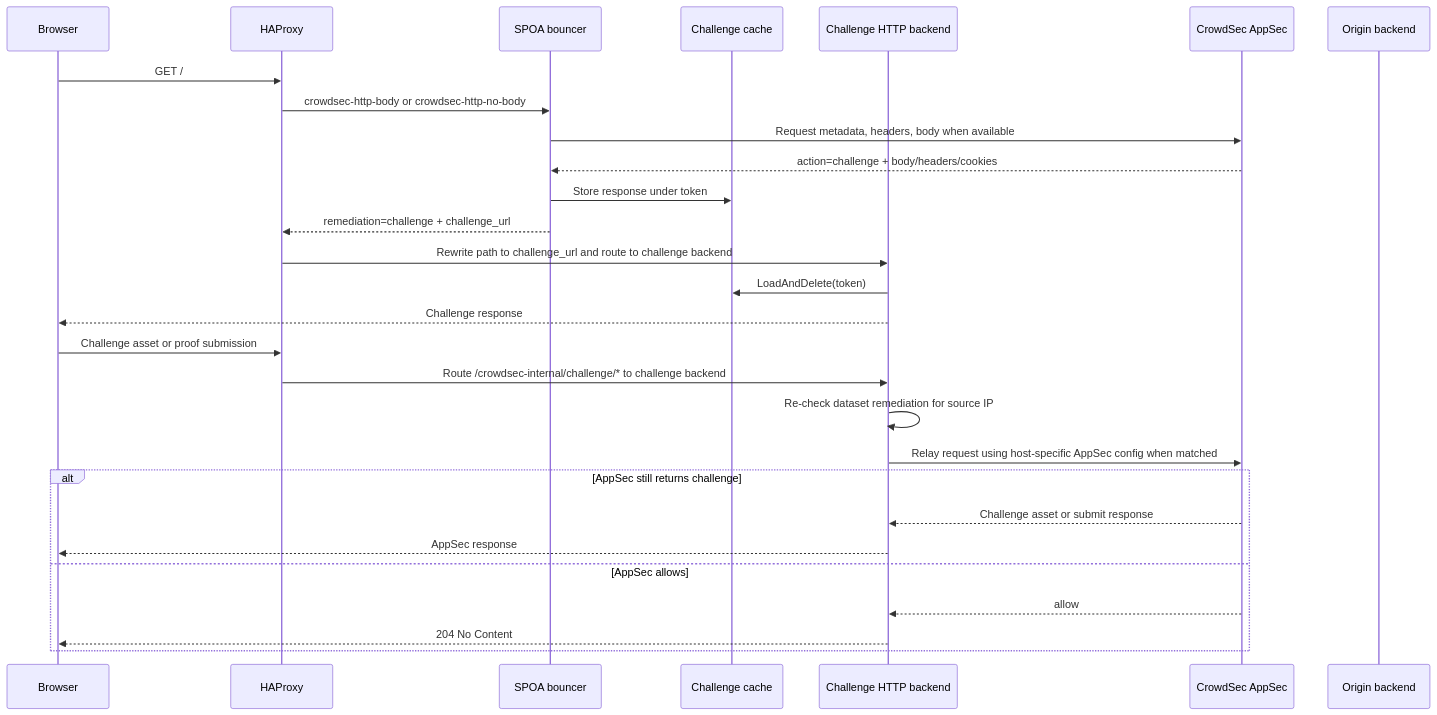
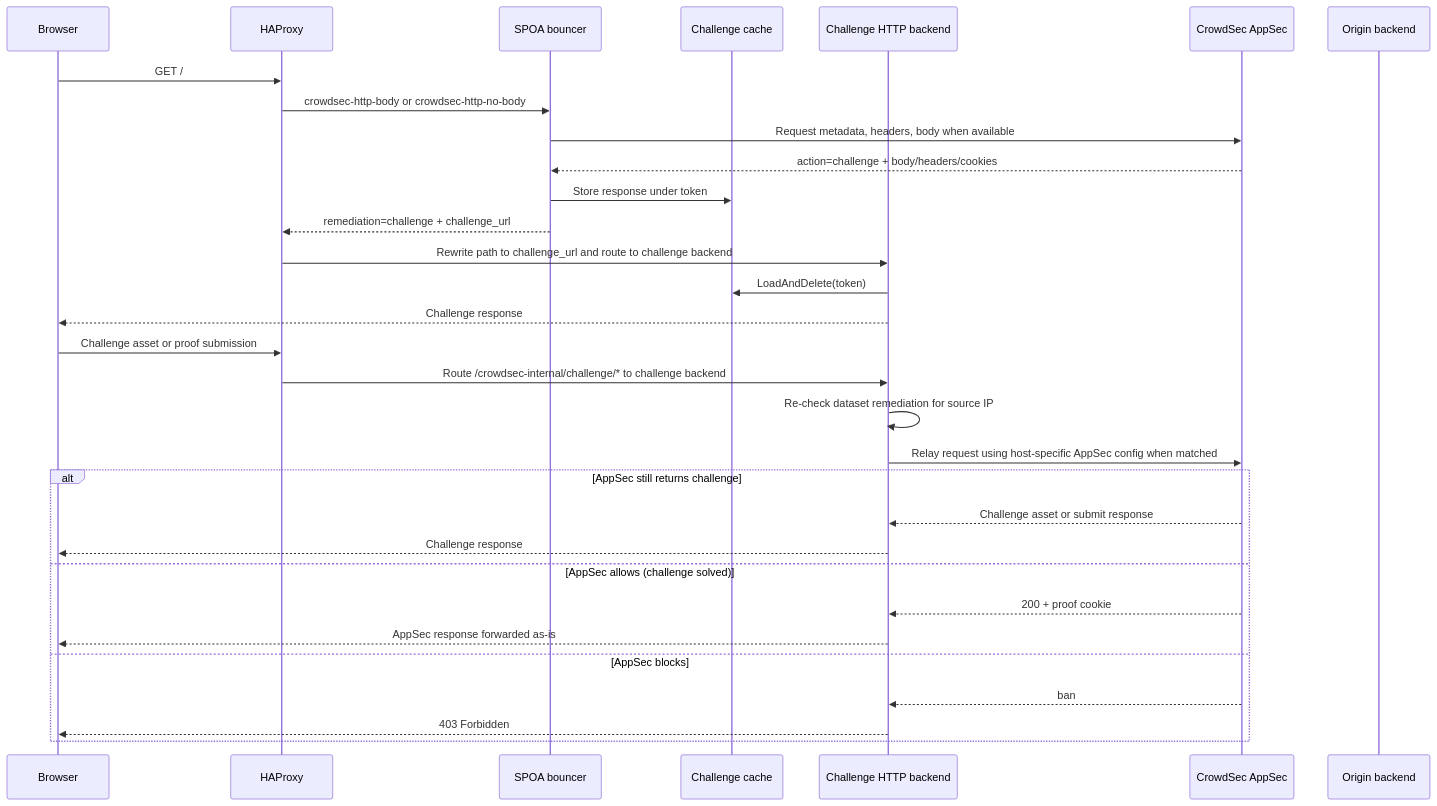
The diagram in CHALLENGE.md (crowdsecurity/cs-haproxy-spoa-bouncer), drawn with Mermaid before and after one commit. The commit also changed other lines of this file and 3 other files, not shown here.

Commit message:
fix the challenge response

````diff
--- a/CHALLENGE.md
+++ b/CHALLENGE.md
@@ -34,33 +34,36 @@
 ```mermaid
 sequenceDiagram
     participant Browser
     participant HAProxy
     participant SPOA as SPOA bouncer
     participant Cache as Challenge cache
     participant HTTP as Challenge HTTP backend
     participant AppSec as CrowdSec AppSec
     participant Backend as Origin backend
 
     Browser->>HAProxy: GET /
     HAProxy->>SPOA: crowdsec-http-body or crowdsec-http-no-body
     SPOA->>AppSec: Request metadata, headers, body when available
     AppSec-->>SPOA: action=challenge + body/headers/cookies
     SPOA->>Cache: Store response under token
     SPOA-->>HAProxy: remediation=challenge + challenge_url
     HAProxy->>HTTP: Rewrite path to challenge_url and route to challenge backend
     HTTP->>Cache: LoadAndDelete(token)
     HTTP-->>Browser: Challenge response
 
     Browser->>HAProxy: Challenge asset or proof submission
     HAProxy->>HTTP: Route /crowdsec-internal/challenge/* to challenge backend
     HTTP->>HTTP: Re-check dataset remediation for source IP
     HTTP->>AppSec: Relay request using host-specific AppSec config when matched
 
     alt AppSec still returns challenge
         AppSec-->>HTTP: Challenge asset or submit response
-        HTTP-->>Browser: AppSec response
-    else AppSec allows
-        AppSec-->>HTTP: allow
-        HTTP-->>Browser: 204 No Content
+        HTTP-->>Browser: Challenge response
+    else AppSec allows (challenge solved)
+        AppSec-->>HTTP: 200 + proof cookie
+        HTTP-->>Browser: AppSec response forwarded as-is
+    else AppSec blocks
+        AppSec-->>HTTP: ban
+        HTTP-->>Browser: 403 Forbidden
     end
 ```
````
